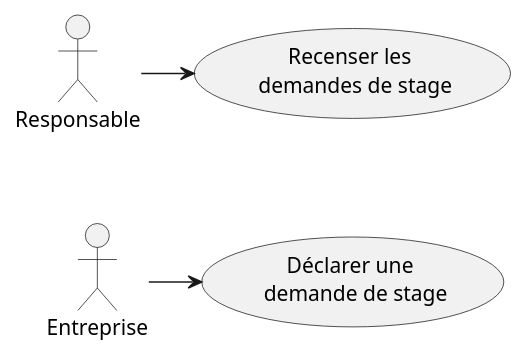
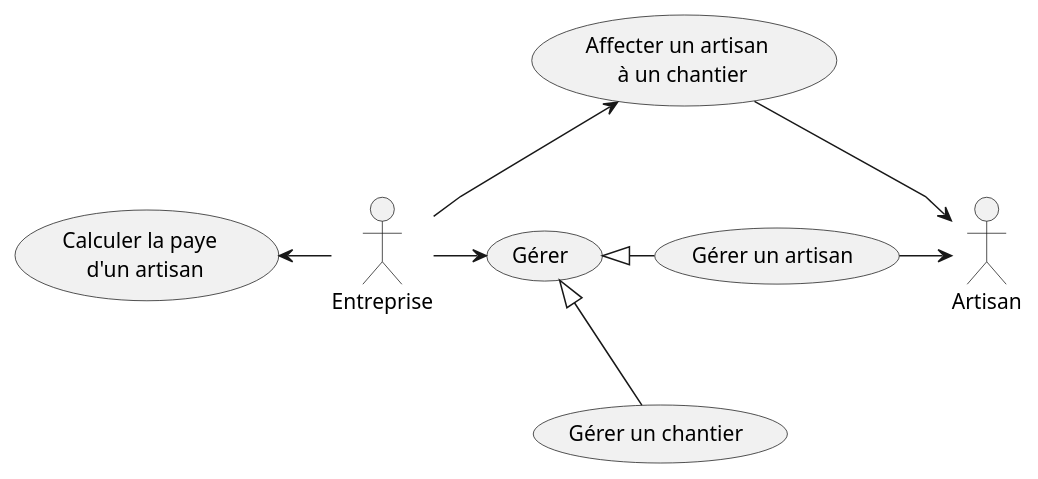
One commit to IUT-Blagnac/r2-01-conception-td5-Darknxss changed the diagram in uc.plantuml. Above: the diagram before and after it, drawn with PlantUML. The commit also changed 1 other file, not shown here.

```diff
--- a/uc.plantuml
+++ b/uc.plantuml
@@ -1,15 +1,25 @@
-@startuml
+@startuml UC
 
-usecase r as "Recenser les \n demandes de stage"
-usecase d as "Déclarer une \n demande de stage"
+usecase gerer as "Gérer"
+usecase gererA as "Gérer un artisan"
+usecase gererC as "Gérer un chantier"
+usecase calculer as "Calculer la paye \n d'un artisan"
+usecase affecter as "Affecter un artisan \n à un chantier"
 
-actor Responsable
+actor Artisan
 actor Entreprise 
 
 'Pour aligner les 2 acteurs :
-r -[hidden]-> d
+gererA -[hidden]-> gererC
 
-Responsable -> r
-Entreprise -> d
+Entreprise -> gerer
+gerer <|- gererA
+gerer <|- gererC
+gererA -> Artisan
+Entreprise -left-> calculer
+Entreprise -up-> affecter
+affecter -> Artisan
+
+skinparam Linetype polyline
 
 @enduml
```
